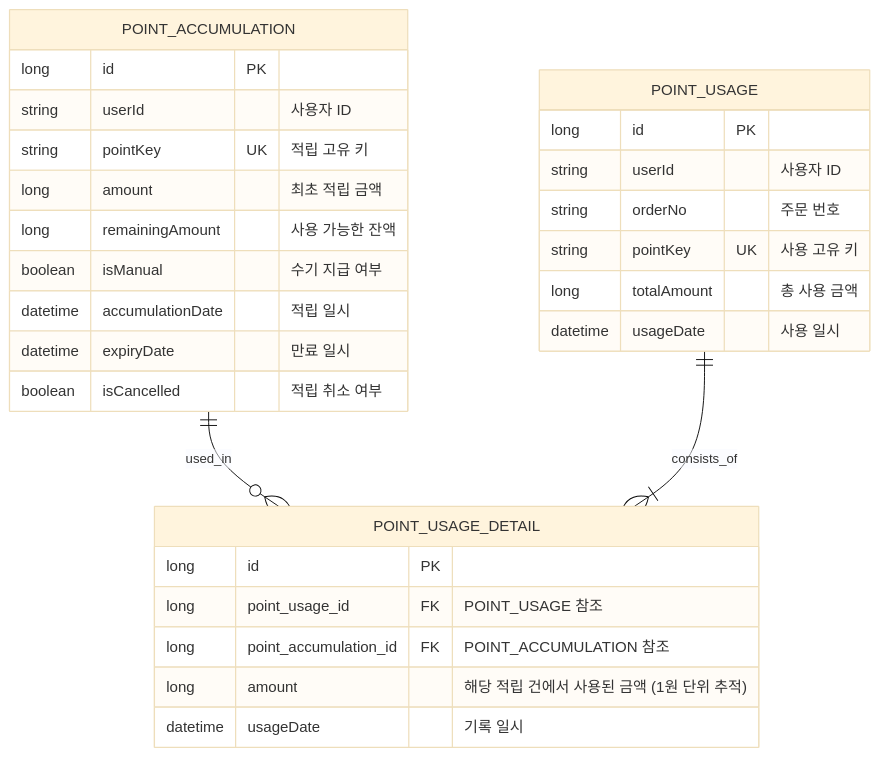
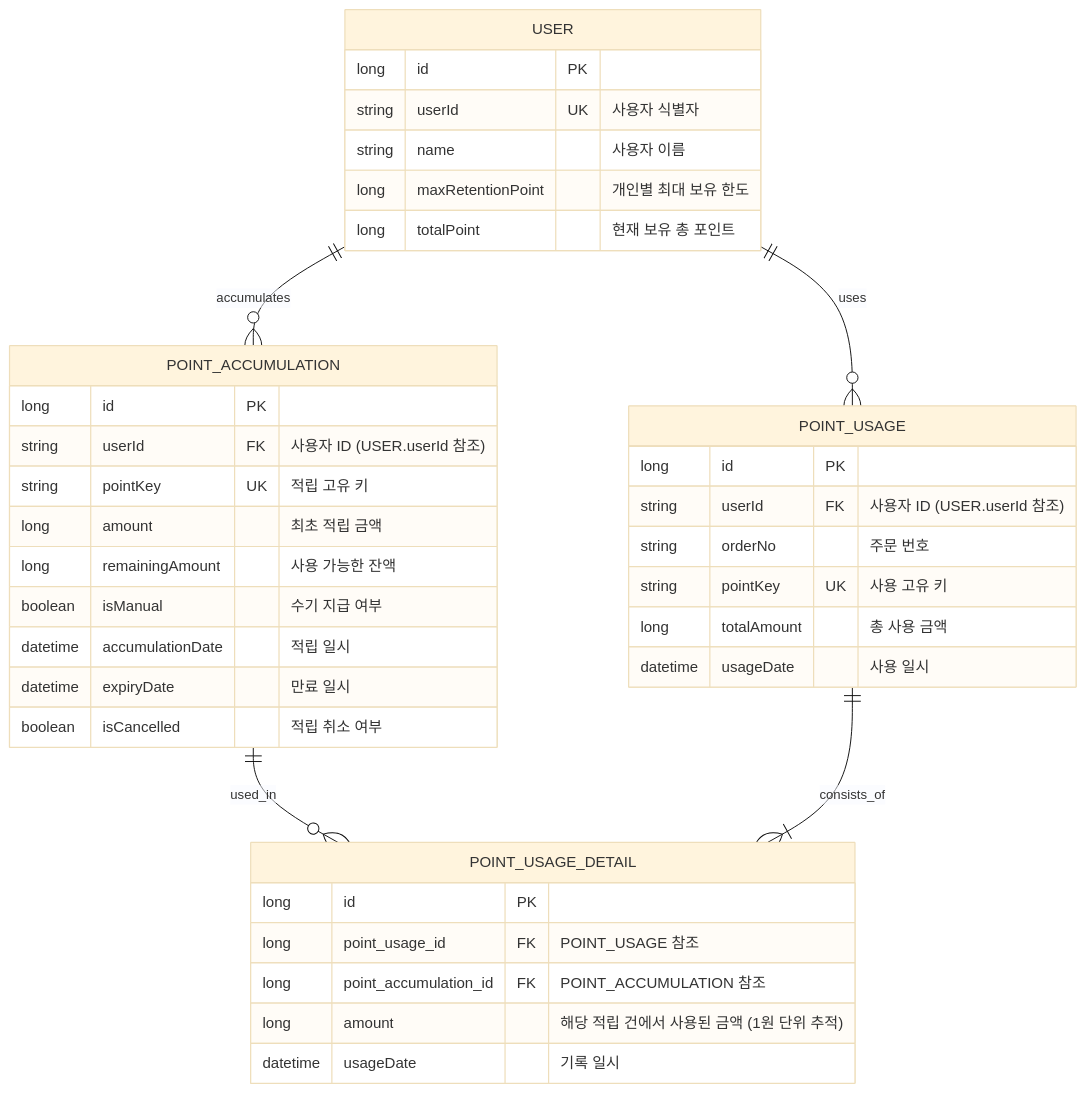
Before and after one commit to muzzaiwork/point: the diagram in erd.md, drawn with Mermaid (base theme). The commit also changed other lines of this file and 1 other file, not shown here.

Commit message:
비관적 락(Pessimistic Lock) 기술 문서 추가 및 ERD 문서 연동

````diff
--- a/erd.md
+++ b/erd.md
@@ -5,34 +5,44 @@
 ```mermaid
 erDiagram
+    USER ||--o{ POINT_ACCUMULATION : "accumulates"
+    USER ||--o{ POINT_USAGE : "uses"
     POINT_ACCUMULATION ||--o{ POINT_USAGE_DETAIL : "used_in"
     POINT_USAGE ||--|{ POINT_USAGE_DETAIL : "consists_of"
 
+    USER {
+        long id PK
+        string userId UK "사용자 식별자"
+        string name "사용자 이름"
+        long maxRetentionPoint "개인별 최대 보유 한도"
+        long totalPoint "현재 보유 총 포인트"
+    }
+
     POINT_ACCUMULATION {
         long id PK
-        string userId "사용자 ID"
+        string userId FK "사용자 ID (USER.userId 참조)"
         string pointKey UK "적립 고유 키"
         long amount "최초 적립 금액"
         long remainingAmount "사용 가능한 잔액"
         boolean isManual "수기 지급 여부"
         datetime accumulationDate "적립 일시"
         datetime expiryDate "만료 일시"
         boolean isCancelled "적립 취소 여부"
     }
 
     POINT_USAGE {
         long id PK
-        string userId "사용자 ID"
+        string userId FK "사용자 ID (USER.userId 참조)"
         string orderNo "주문 번호"
         string pointKey UK "사용 고유 키"
         long totalAmount "총 사용 금액"
         datetime usageDate "사용 일시"
     }
 
     POINT_USAGE_DETAIL {
         long id PK
         long point_usage_id FK "POINT_USAGE 참조"
         long point_accumulation_id FK "POINT_ACCUMULATION 참조"
         long amount "해당 적립 건에서 사용된 금액 (1원 단위 추적)"
         datetime usageDate "기록 일시"
     }
 ```
````
